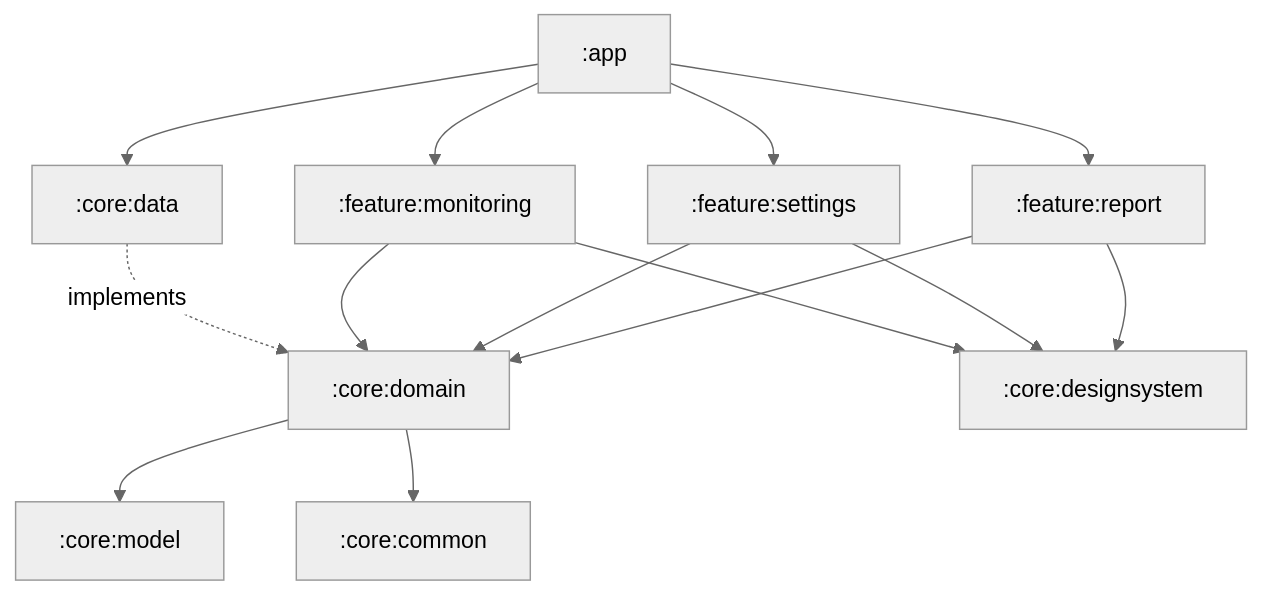
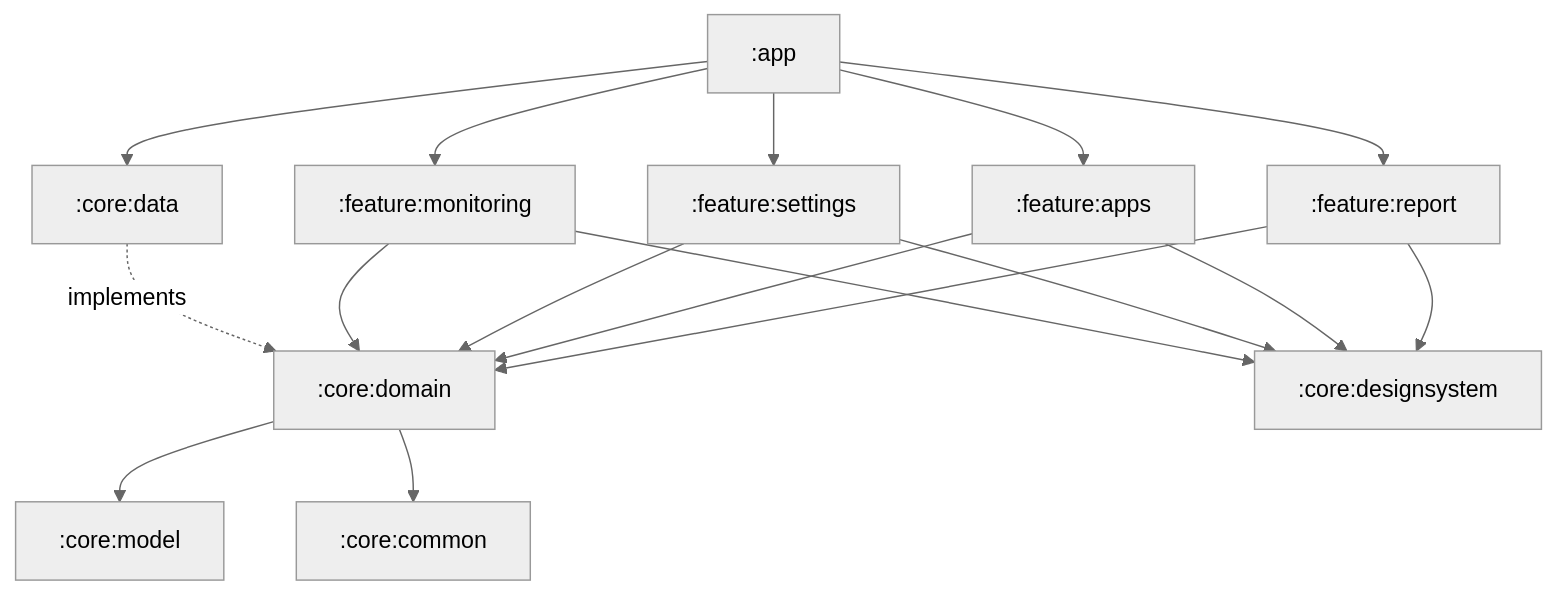
The second of 2 diagrams in README.md (neteinstein/Perfsentient), drawn with Mermaid (neutral theme) before and after one commit. The commit also changed other lines of this file and 58 other files, not shown here.

````diff
--- a/README.md
+++ b/README.md
@@ -108,12 +129,13 @@
 ```mermaid
 flowchart TD
     app[":app"] --> report[":feature:report"]
+    app --> apps[":feature:apps"]
     app --> settings[":feature:settings"]
     app --> monitoring[":feature:monitoring"]
     app --> data[":core:data"]
-    report & settings & monitoring --> domain[":core:domain"]
-    report & settings & monitoring --> ds[":core:designsystem"]
+    report & apps & settings & monitoring --> domain[":core:domain"]
+    report & apps & settings & monitoring --> ds[":core:designsystem"]
     data -. implements .-> domain
     domain --> model[":core:model"]
     domain --> common[":core:common"]
 ```
````
